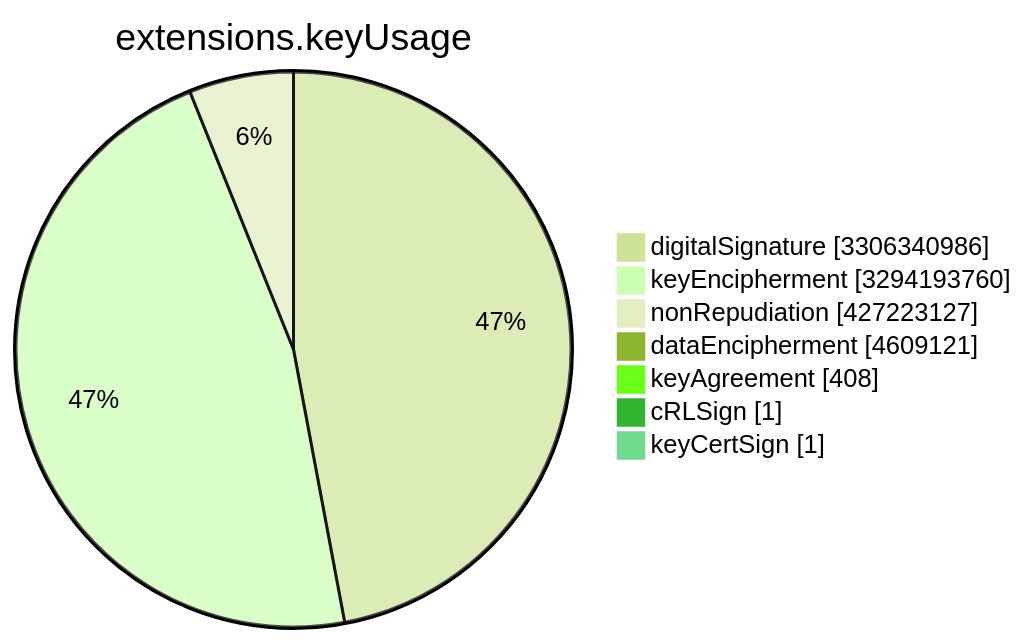
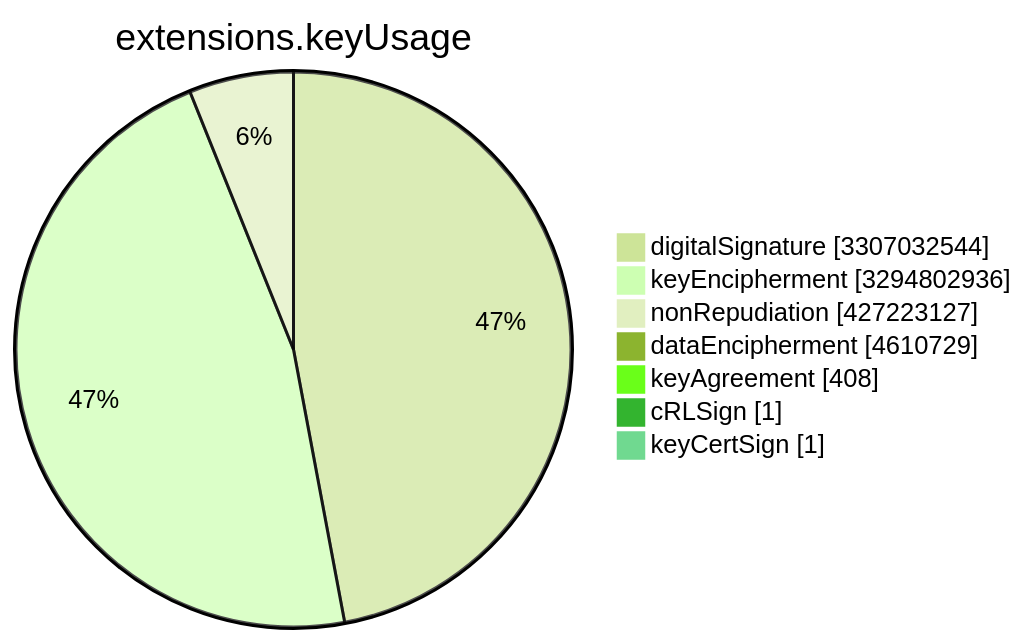
The sixth of 15 diagrams in TOTAL/README.md (christiankrug/ctmonitor_visualization), drawn with Mermaid (forest theme) before and after one commit. The commit also changed other lines of this file, not shown here.

````diff
--- a/TOTAL/README.md
+++ b/TOTAL/README.md
@@ -3078,11 +3078,11 @@
 ```mermaid
 pie showData
 title extensions.keyUsage
-"digitalSignature" :3306340986
-"keyEncipherment" :3294193760
+"digitalSignature" :3307032544
+"keyEncipherment" :3294802936
 "nonRepudiation" :427223127
-"dataEncipherment" :4609121
+"dataEncipherment" :4610729
 "keyAgreement" :408
 "cRLSign" :1
 "keyCertSign" :1
 ```
````
